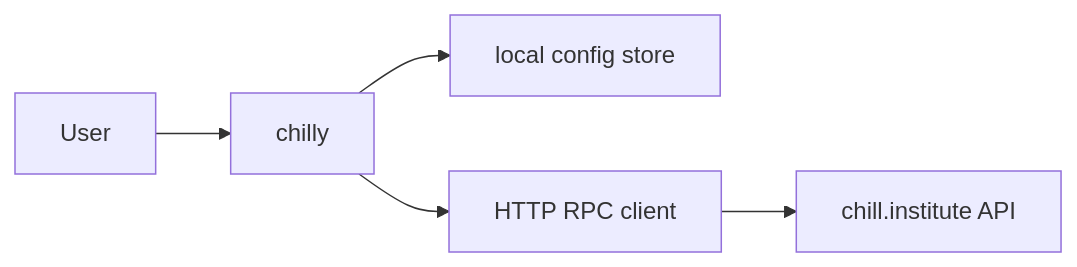
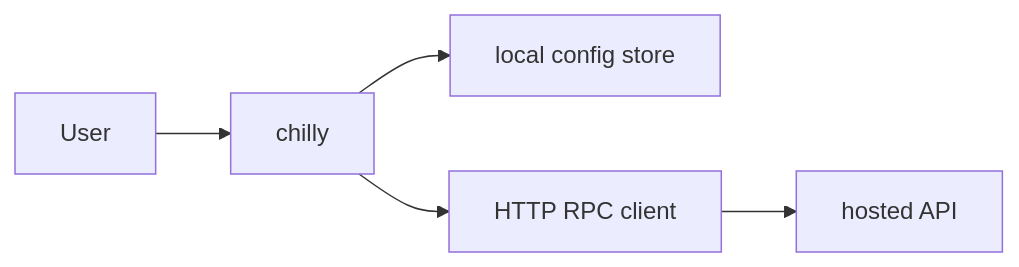
One commit to chill-institute/chill-institute-cli changed the first of 5 diagrams in docs/ARCHITECTURE.md. Above: the diagram before and after it, drawn with Mermaid. The commit also changed other lines of this file and 1 other file, not shown here.

Commit message:
docs(cli): align architecture and skill wording

````diff
--- a/docs/ARCHITECTURE.md
+++ b/docs/ARCHITECTURE.md
@@ -7,7 +7,7 @@
 ```mermaid
 graph LR
   User --> CLI["chilly"]
   CLI --> Config["local config store"]
   CLI --> RPC["HTTP RPC client"]
-  RPC --> API["chill.institute API"]
+  RPC --> API["hosted API"]
 ```
````
